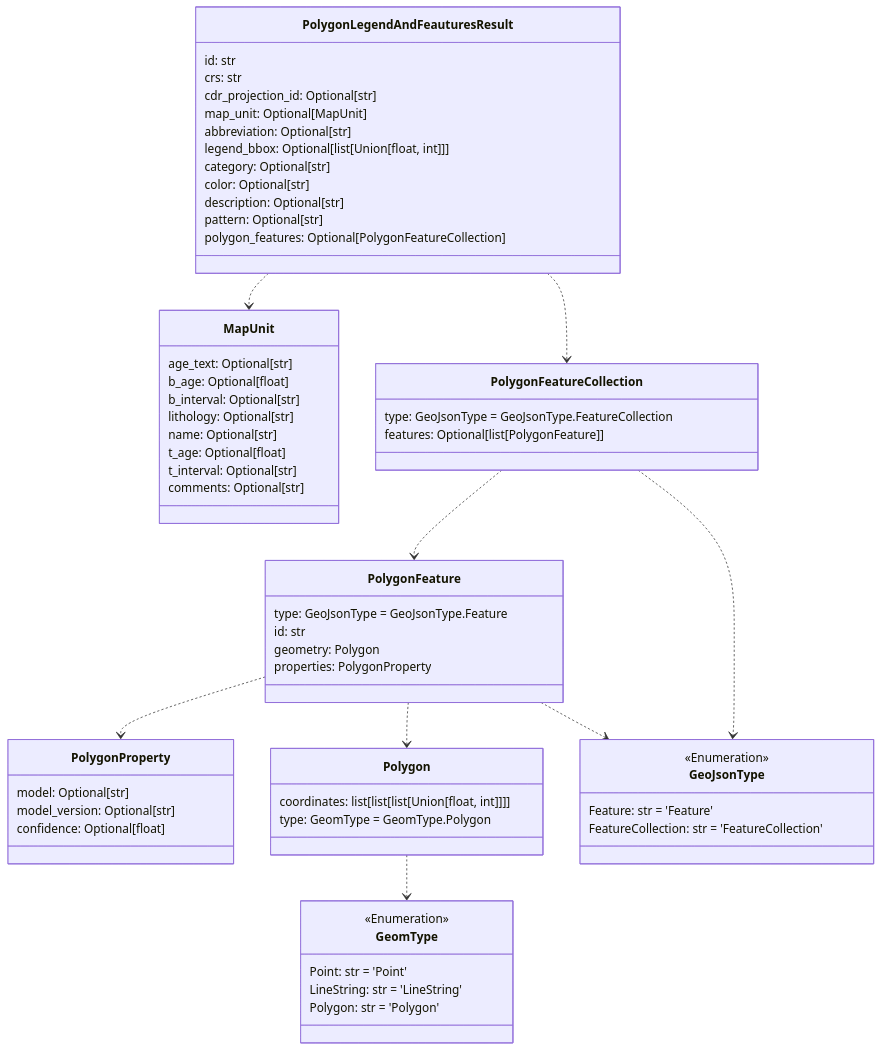
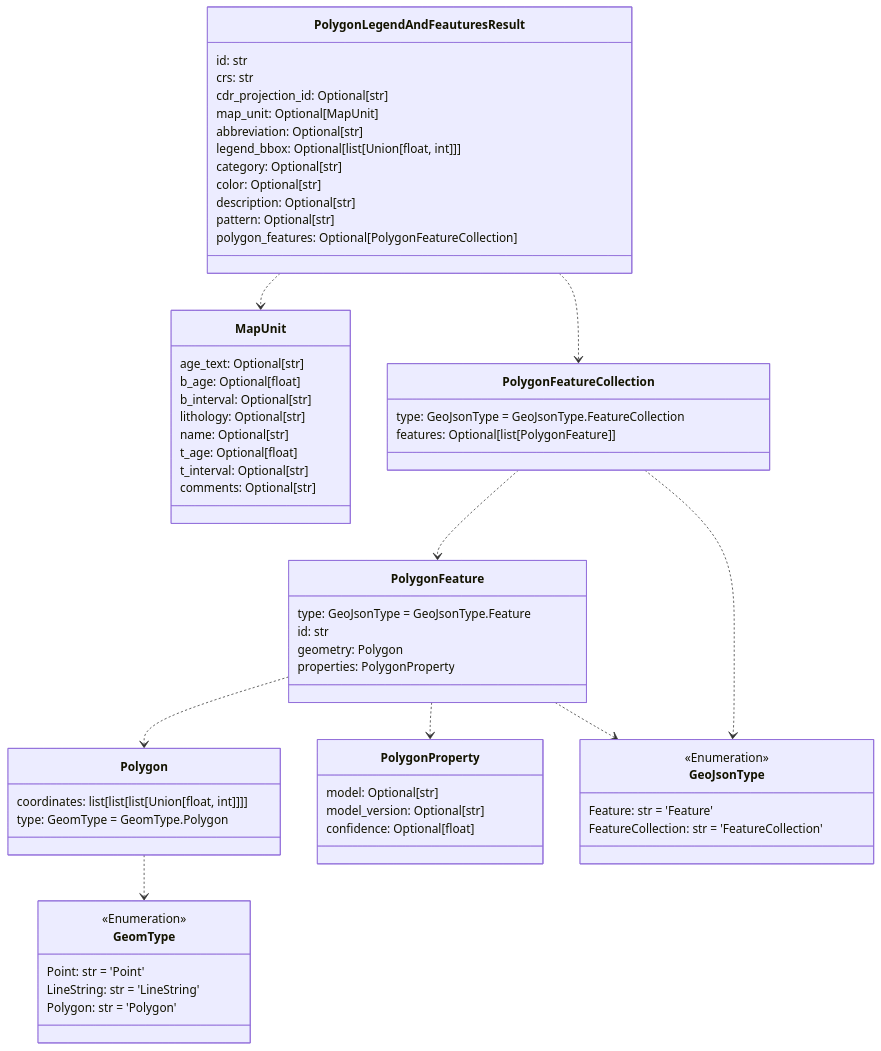
The seventh of 12 diagrams in README.md (DARPA-CRITICALMAAS/cdr_schemas), drawn with Mermaid before and after one commit. The commit also changed other lines of this file, not shown here.

````diff
--- a/README.md
+++ b/README.md
@@ -488,75 +488,75 @@
 ```mermaid
 classDiagram
+
+    class Polygon {
+        coordinates: list[list[list[Union[float, int]]]]
+        type: GeomType = GeomType.Polygon
+    }
+
+    class MapUnit {
+        age_text: Optional[str]
+        b_age: Optional[float]
+        b_interval: Optional[str]
+        lithology: Optional[str]
+        name: Optional[str]
+        t_age: Optional[float]
+        t_interval: Optional[str]
+        comments: Optional[str]
+    }
+
+    class PolygonFeatureCollection {
+        type: GeoJsonType = GeoJsonType.FeatureCollection
+        features: Optional[list[PolygonFeature]]
+    }
+
+    class PolygonProperty {
+        model: Optional[str]
+        model_version: Optional[str]
+        confidence: Optional[float]
+    }
+
+    class GeoJsonType {
+        <<Enumeration>>
+        Feature: str = 'Feature'
+        FeatureCollection: str = 'FeatureCollection'
+    }
+
+    class GeomType {
+        <<Enumeration>>
+        Point: str = 'Point'
+        LineString: str = 'LineString'
+        Polygon: str = 'Polygon'
+    }
+
+    class PolygonFeature {
+        type: GeoJsonType = GeoJsonType.Feature
+        id: str
+        geometry: Polygon
+        properties: PolygonProperty
+    }
 
     class PolygonLegendAndFeauturesResult {
         id: str
         crs: str
         cdr_projection_id: Optional[str]
         map_unit: Optional[MapUnit]
         abbreviation: Optional[str]
         legend_bbox: Optional[list[Union[float, int]]]
         category: Optional[str]
         color: Optional[str]
         description: Optional[str]
         pattern: Optional[str]
         polygon_features: Optional[PolygonFeatureCollection]
     }
 
-    class PolygonProperty {
-        model: Optional[str]
-        model_version: Optional[str]
-        confidence: Optional[float]
-    }
-
-    class Polygon {
-        coordinates: list[list[list[Union[float, int]]]]
-        type: GeomType = GeomType.Polygon
-    }
-
-    class PolygonFeature {
-        type: GeoJsonType = GeoJsonType.Feature
-        id: str
-        geometry: Polygon
-        properties: PolygonProperty
-    }
-
-    class MapUnit {
-        age_text: Optional[str]
-        b_age: Optional[float]
-        b_interval: Optional[str]
-        lithology: Optional[str]
-        name: Optional[str]
-        t_age: Optional[float]
-        t_interval: Optional[str]
-        comments: Optional[str]
-    }
-
-    class GeoJsonType {
-        <<Enumeration>>
-        Feature: str = 'Feature'
-        FeatureCollection: str = 'FeatureCollection'
-    }
-
-    class PolygonFeatureCollection {
-        type: GeoJsonType = GeoJsonType.FeatureCollection
-        features: Optional[list[PolygonFeature]]
-    }
-
-    class GeomType {
-        <<Enumeration>>
-        Point: str = 'Point'
-        LineString: str = 'LineString'
-        Polygon: str = 'Polygon'
-    }
-
     Polygon ..> GeomType
     PolygonFeature ..> Polygon
     PolygonFeature ..> PolygonProperty
     PolygonFeature ..> GeoJsonType
     PolygonFeatureCollection ..> PolygonFeature
     PolygonFeatureCollection ..> GeoJsonType
+    PolygonLegendAndFeauturesResult ..> MapUnit
     PolygonLegendAndFeauturesResult ..> PolygonFeatureCollection
-    PolygonLegendAndFeauturesResult ..> MapUnit
 
 
 ```
````
